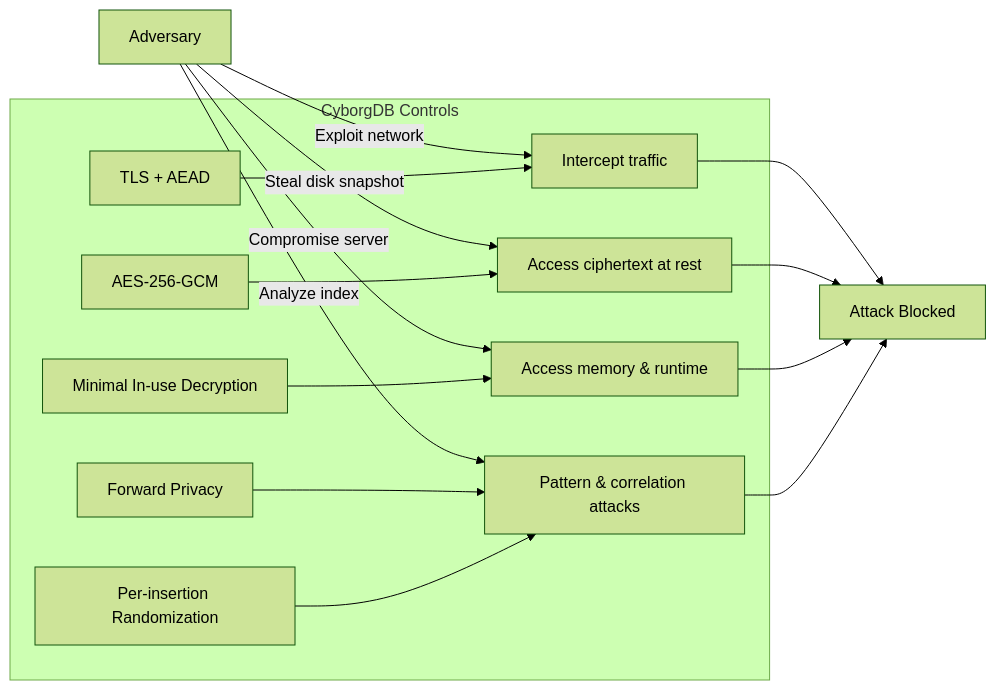
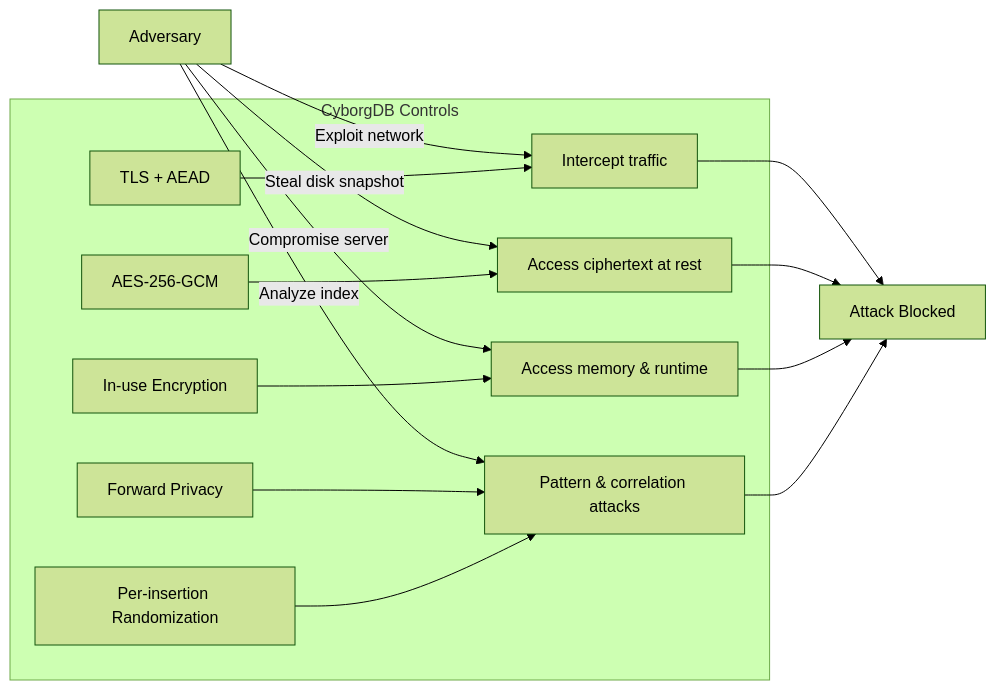
One commit to cyborginc/cyborgdb-docs changed the second of 2 diagrams in versions/next/intro/threat-model.mdx. Above: the diagram before and after it, drawn with Mermaid (forest theme). The commit also changed other lines of this file and 8 other files, not shown here.

````diff
--- a/versions/next/intro/threat-model.mdx
+++ b/versions/next/intro/threat-model.mdx
@@ -134,20 +134,20 @@
 ```mermaid
 flowchart LR
     A[Adversary] -->|Exploit network| B[Intercept traffic]
     A -->|Steal disk snapshot| C[Access ciphertext at rest]
     A -->|Compromise server| D[Access memory & runtime]  
     A -->|Analyze index| E[Pattern & correlation attacks]
     
     subgraph "CyborgDB Controls"
         F[TLS + AEAD] --> B
         G[AES-256-GCM] --> C
-        H[Minimal In-use Decryption] --> D
+        H[In-use Encryption] --> D
         I[Forward Privacy] --> E
         J[Per-insertion Randomization] --> E
     end
     
     B --> K[Attack Blocked]
     C --> K
     D --> K
     E --> K
 ```
````
